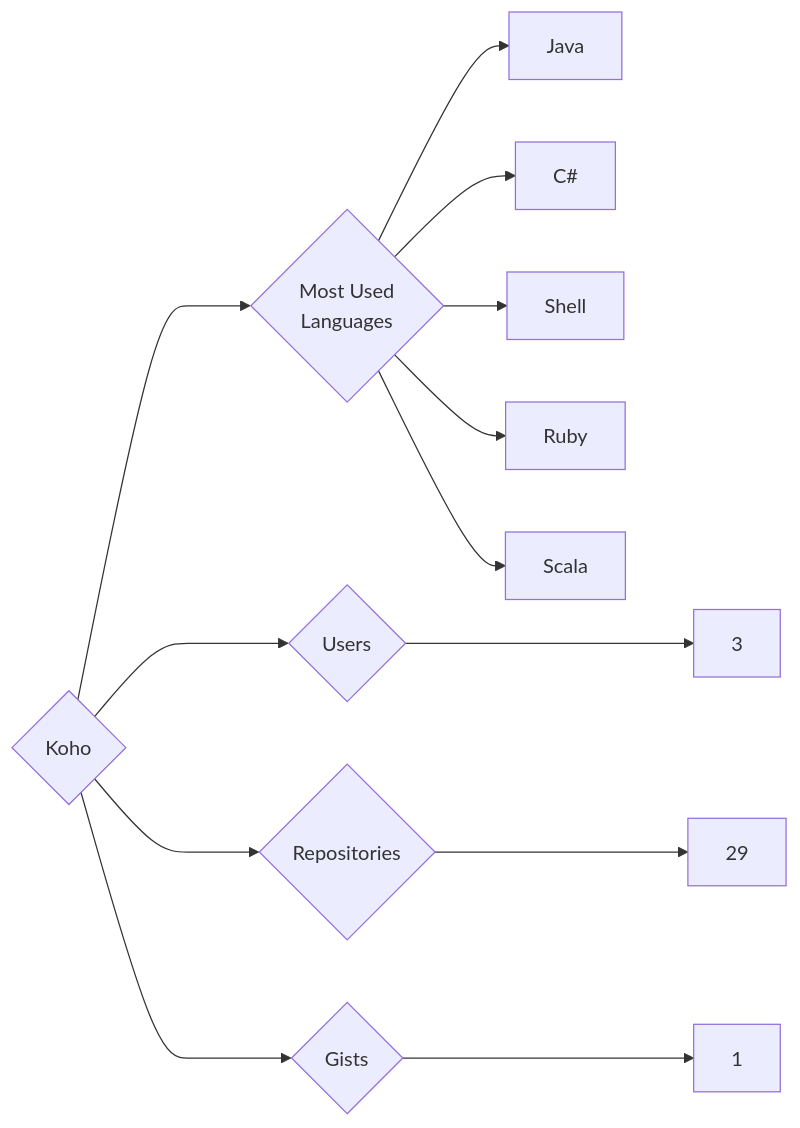
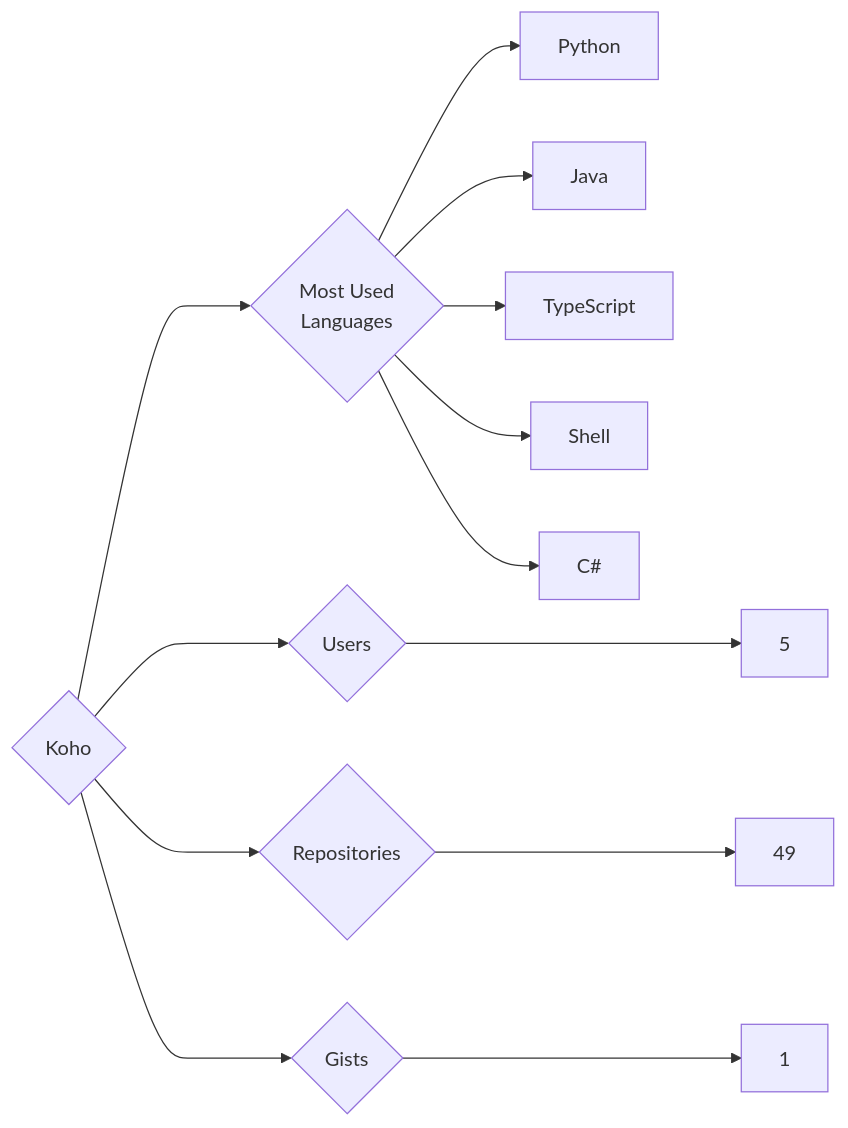
The diagram in targets/Koho/README.md (trickest/insiders), drawn with Mermaid before and after one commit. The commit also changed 838 other files, not shown here.

````diff
--- a/targets/Koho/README.md
+++ b/targets/Koho/README.md
@@ -3,13 +3,13 @@
 ```mermaid
 graph LR
 COMPANY_NAME{Koho}
-COMPANY_NAME ---> U{Users} ---> UN[3]
-COMPANY_NAME ---> R{Repositories} ---> RN[29]
+COMPANY_NAME ---> U{Users} ---> UN[5]
+COMPANY_NAME ---> R{Repositories} ---> RN[49]
 COMPANY_NAME ---> G{Gists} ---> GN[1]
 COMPANY_NAME ---> ML{Most Used<br>Languages}
+ML --> Python[Python]
 ML --> Java[Java]
+ML --> TypeScript[TypeScript]
+ML --> Shell[Shell]
 ML --> C#[C#]
-ML --> Shell[Shell]
-ML --> Ruby[Ruby]
-ML --> Scala[Scala]
 ```
````
